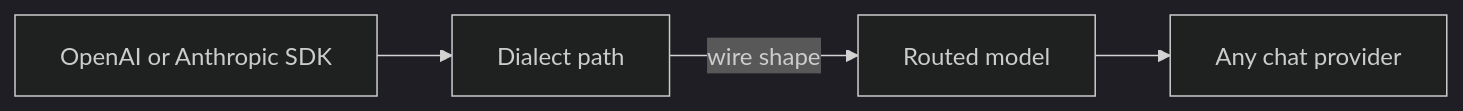
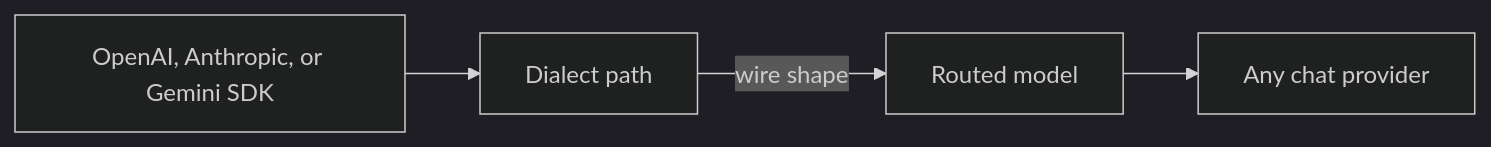
Before and after one commit to curefatih/afi: the diagram in docs/api/dialects.md, drawn with Mermaid (dark theme). The commit also changed other lines of this file and 5 other files, not shown here.

````diff
--- a/docs/api/dialects.md
+++ b/docs/api/dialects.md
@@ -5,11 +5,11 @@
 ```mermaid
 flowchart LR
-  sdk[OpenAI or Anthropic SDK]
+  sdk[OpenAI, Anthropic, or Gemini SDK]
   dialect[Dialect path]
   route[Routed model]
   up[Any chat provider]
 
   sdk --> dialect
   dialect -->|wire shape| route
   route --> up
 ```
````
